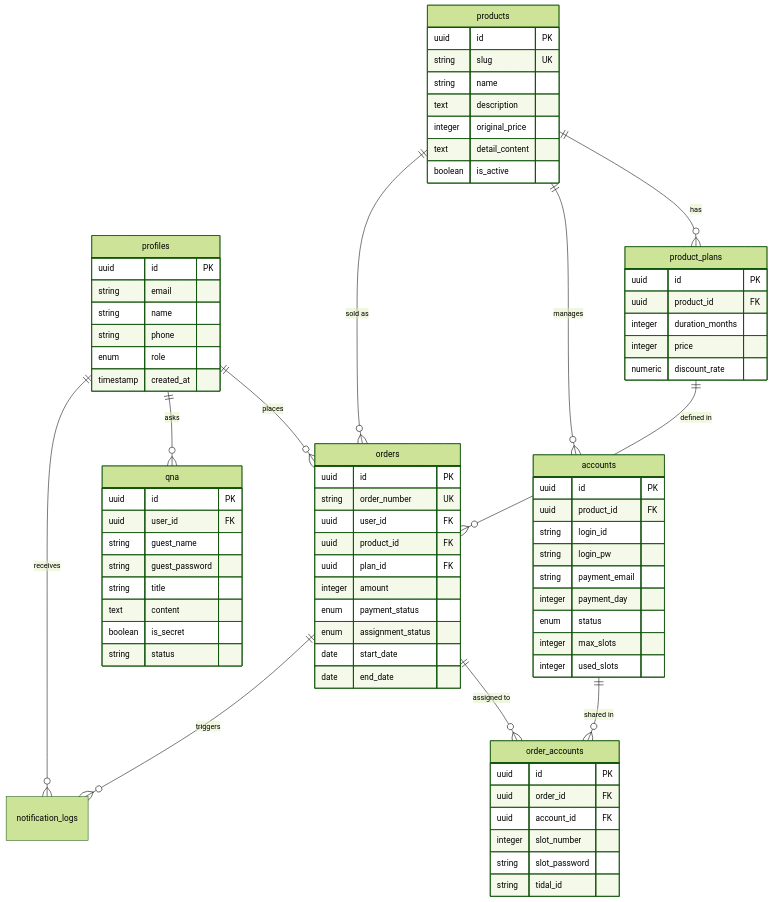
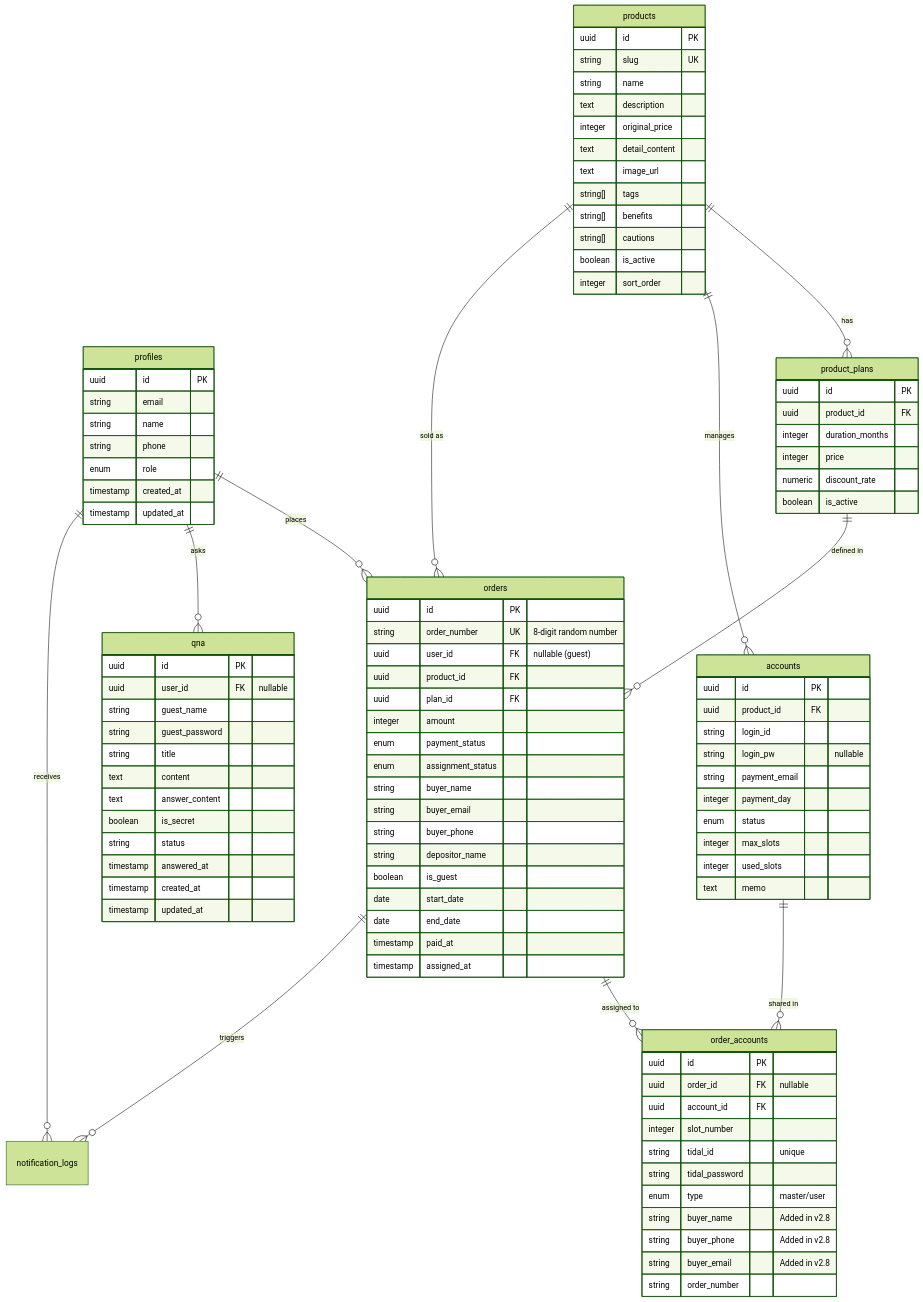
Before and after one commit to jeon28/dalbus: the diagram in docs/db_schema.md, drawn with Mermaid (forest theme). The commit also changed other lines of this file and 31 other files, not shown here.

Commit message:
feat: v0.95 release - Grid View, Order Number Format, Docs Update

````diff
--- a/docs/db_schema.md
+++ b/docs/db_schema.md
@@ -26,6 +26,7 @@
         string phone
         enum role
         timestamp created_at
+        timestamp updated_at
     }
 
     products {
@@ -35,7 +36,12 @@
         text description
         integer original_price
         text detail_content
+        text image_url
+        string[] tags
+        string[] benefits
+        string[] cautions
         boolean is_active
+        integer sort_order
     }
 
     product_plans {
@@ -44,50 +50,68 @@
         integer duration_months
         integer price
         numeric discount_rate
+        boolean is_active
     }
 
     accounts {
         uuid id PK
         uuid product_id FK
         string login_id
-        string login_pw
+        string login_pw "nullable"
         string payment_email
         integer payment_day
         enum status
         integer max_slots
         integer used_slots
+        text memo
     }
 
     orders {
         uuid id PK
-        string order_number UK
-        uuid user_id FK
+        string order_number UK "8-digit random number"
+        uuid user_id FK "nullable (guest)"
         uuid product_id FK
         uuid plan_id FK
         integer amount
         enum payment_status
         enum assignment_status
+        string buyer_name
+        string buyer_email
+        string buyer_phone
+        string depositor_name
+        boolean is_guest
         date start_date
         date end_date
+        timestamp paid_at
+        timestamp assigned_at
     }
 
     order_accounts {
         uuid id PK
-        uuid order_id FK
+        uuid order_id FK "nullable"
         uuid account_id FK
         integer slot_number
-        string slot_password
-        string tidal_id
+        string tidal_id "unique"
+        string tidal_password
+        enum type "master/user"
+        string buyer_name "Added in v2.8"
+        string buyer_phone "Added in v2.8"
+        string buyer_email "Added in v2.8"
+        string order_number
     }
     
     qna {
         uuid id PK
-        uuid user_id FK
+        uuid user_id FK "nullable"
         string guest_name
         string guest_password
         string title
         text content
+        text answer_content
         boolean is_secret
         string status
+        timestamp answered_at
+        timestamp created_at
+        timestamp updated_at
     }
 ```
````
